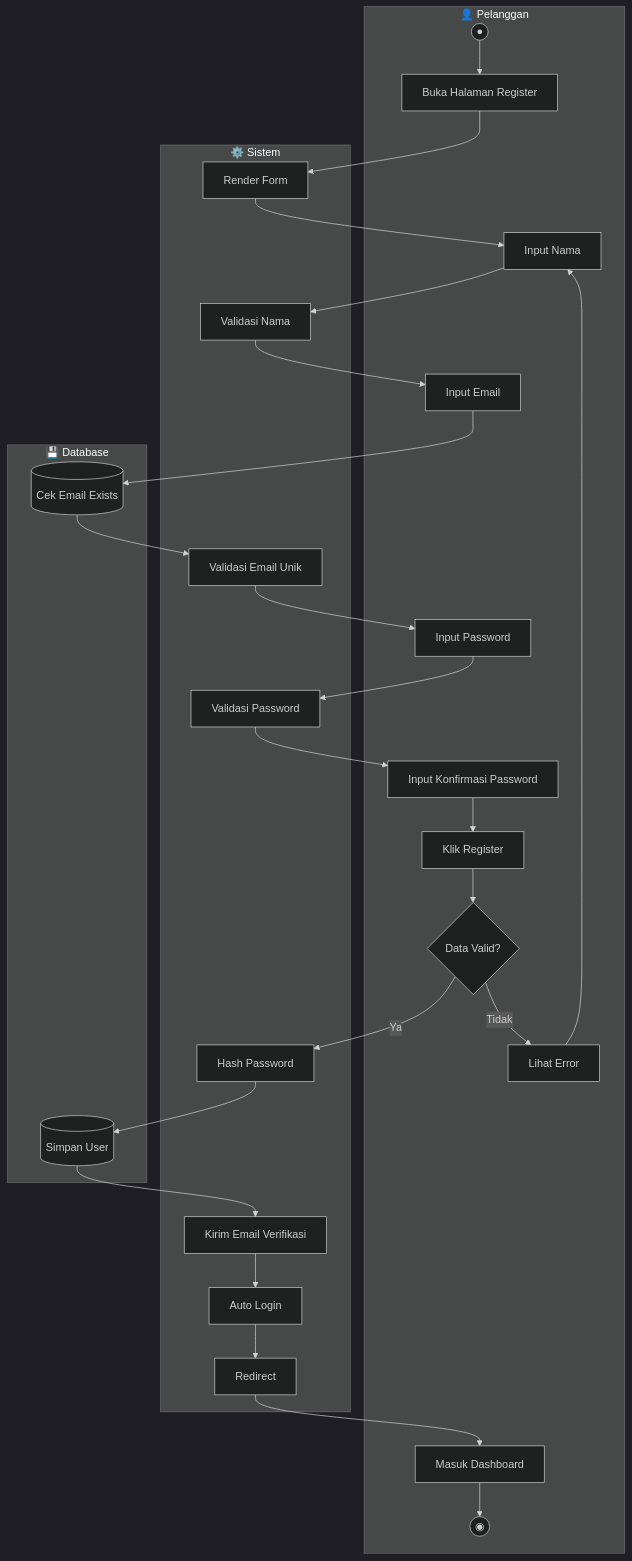
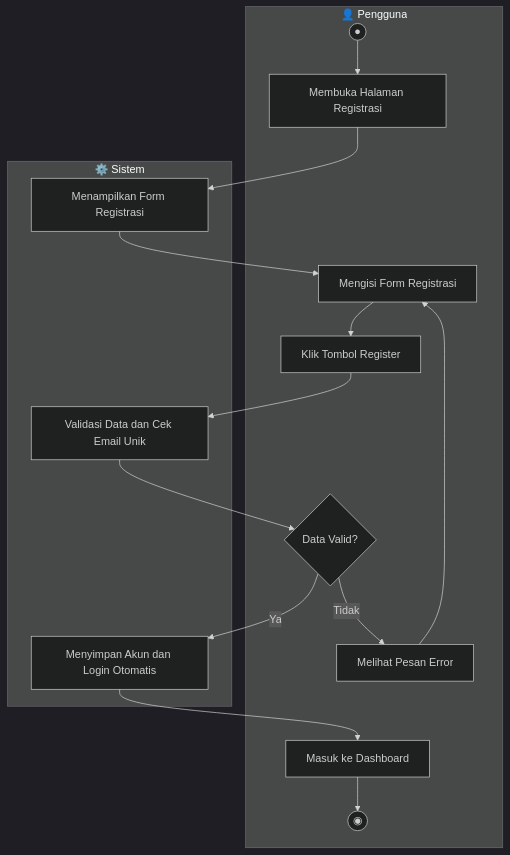
The tenth of 17 diagrams in docs/ACTIVITY_DIAGRAMS.md (mustarisyahding07-spec/WEBSITE_SKRIPSI_MUSTARI), drawn with Mermaid (dark theme) before and after one commit. The commit also changed other lines of this file, not shown here.

Commit message:
docs: simplify activity diagrams and add academic explanations

````diff
--- a/docs/ACTIVITY_DIAGRAMS.md
+++ b/docs/ACTIVITY_DIAGRAMS.md
@@ -563,54 +432,31 @@
 ```mermaid
 flowchart TD
-    subgraph Pelanggan["👤 Pelanggan"]
+    subgraph Pengguna["👤 Pengguna"]
         P1((●))
-        P2[Buka Halaman Register]
-        P3[Input Nama]
-        P4[Input Email]
-        P5[Input Password]
-        P6[Input Konfirmasi Password]
-        P7[Klik Register]
-        P8{Data Valid?}
-        P9[Lihat Error]
-        P10[Masuk Dashboard]
-        P11((◉))
+        P2[Membuka Halaman Registrasi]
+        P3[Mengisi Form Registrasi]
+        P4[Klik Tombol Register]
+        P5{Data Valid?}
+        P6[Melihat Pesan Error]
+        P7[Masuk ke Dashboard]
+        P8((◉))
     end
-    
+
     subgraph Sistem["⚙️ Sistem"]
-        S1[Render Form]
-        S2[Validasi Nama]
-        S3[Validasi Email Unik]
-        S4[Validasi Password]
-        S5[Hash Password]
-        S6[Kirim Email Verifikasi]
-        S7[Auto Login]
-        S8[Redirect]
+        S1[Menampilkan Form Registrasi]
+        S2[Validasi Data dan Cek Email Unik]
+        S3[Menyimpan Akun dan Login Otomatis]
     end
-    
-    subgraph Database["💾 Database"]
-        D1[(Cek Email Exists)]
-        D2[(Simpan User)]
-    end
-    
+
     P1 --> P2
     P2 --> S1
     S1 --> P3
-    P3 --> S2
-    S2 --> P4
-    P4 --> D1
-    D1 --> S3
-    S3 --> P5
-    P5 --> S4
-    S4 --> P6
-    P6 --> P7
+    P3 --> P4
+    P4 --> S2
+    S2 --> P5
+    P5 -->|Tidak| P6
+    P6 --> P3
+    P5 -->|Ya| S3
+    S3 --> P7
     P7 --> P8
-    P8 -->|Tidak| P9
-    P9 --> P3
-    P8 -->|Ya| S5
-    S5 --> D2
-    D2 --> S6
-    S6 --> S7
-    S7 --> S8
-    S8 --> P10
-    P10 --> P11
 ```
````
